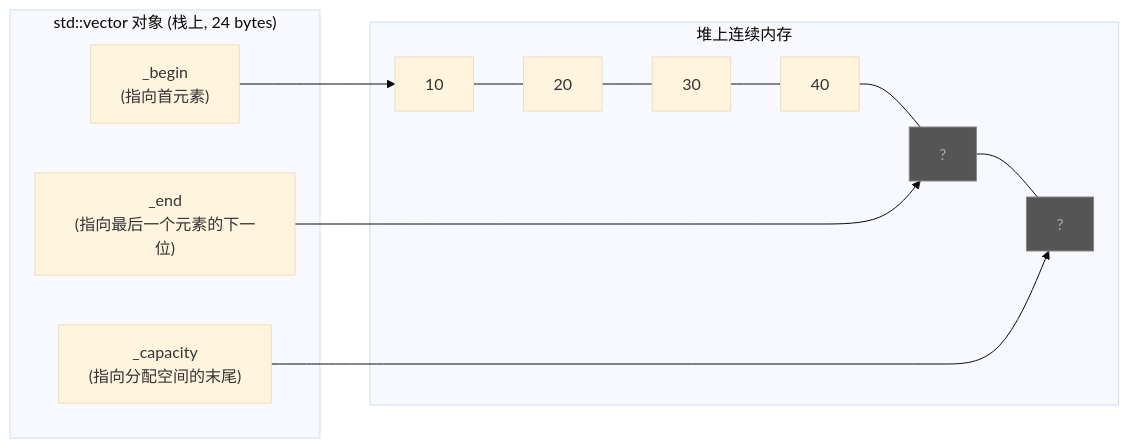
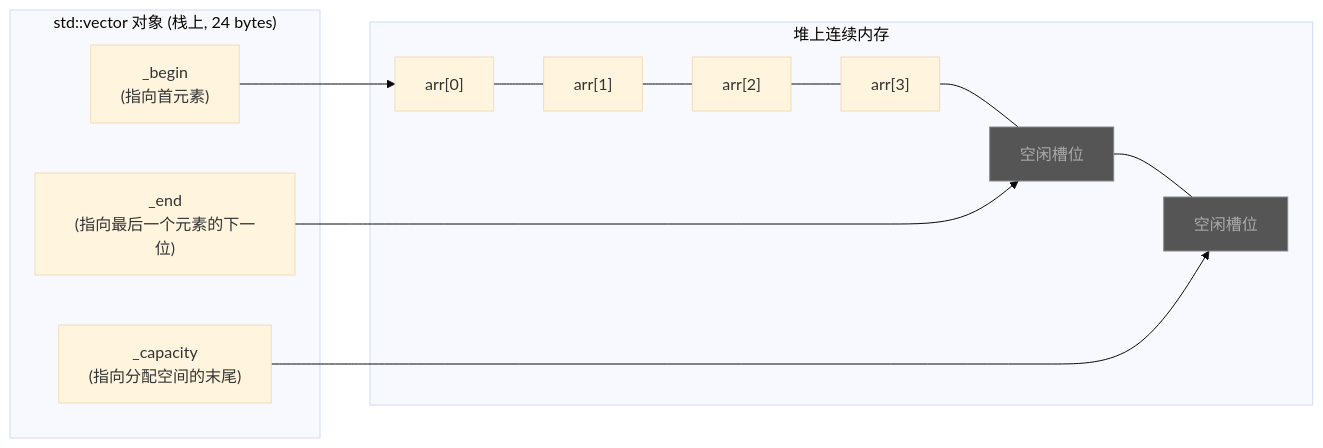
The diagram in src/content/posts/data_structure/01_array.md (Lumivers/firefly), drawn with Mermaid (base theme) before and after one commit. The commit also changed other lines of this file and 39 other files, not shown here.

````diff
--- a/src/content/posts/data_structure/01_array.md
+++ b/src/content/posts/data_structure/01_array.md
@@ -84,19 +60,19 @@
 ```mermaid
 graph LR
     subgraph "std::vector 对象 (栈上, 24 bytes)"
         begin["_begin\n(指向首元素)"]
         end_ptr["_end\n(指向最后一个元素的下一位)"]
         cap["_capacity\n(指向分配空间的末尾)"]
     end
 
     subgraph "堆上连续内存"
-        e0["10"] --- e1["20"] --- e2["30"] --- e3["40"] --- e4["?"] --- e5["?"]
+        e0["arr[0]"] --- e1["arr[1]"] --- e2["arr[2]"] --- e3["arr[3]"] --- e4["空闲槽位"] --- e5["空闲槽位"]
     end
 
     begin --> e0
     end_ptr --> e4
     cap --> e5
 
     style e4 fill:#555,stroke:#888,color:#aaa
     style e5 fill:#555,stroke:#888,color:#aaa
 ```
````
